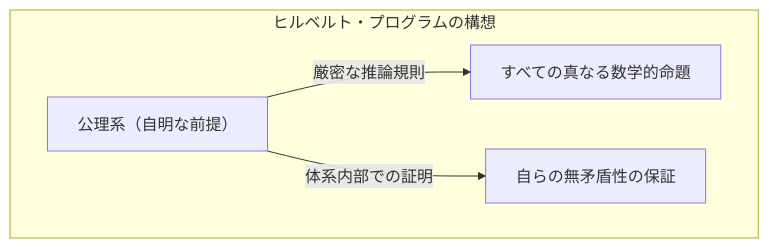
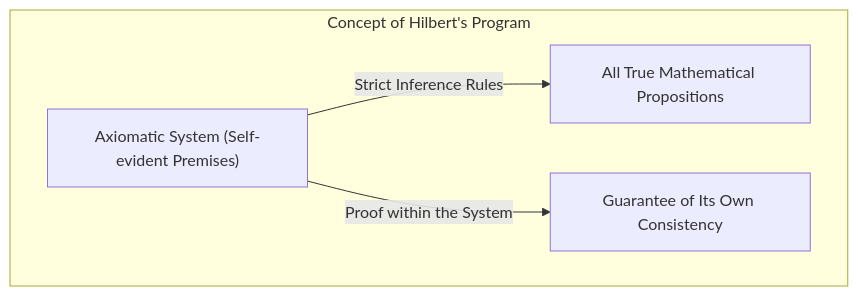
Before and after one commit to kenjinote/blog: the first of 4 diagrams in content/post/godels-incompleteness-theorems/index.en.md, drawn with Mermaid. The commit also changed other lines of this file and 28 other files, not shown here.

Commit message:
Translate Japanese text inside Mermaid diagrams to respective languages

````diff
--- a/content/post/godels-incompleteness-theorems/index.en.md
+++ b/content/post/godels-incompleteness-theorems/index.en.md
@@ -34,7 +34,7 @@
 ```mermaid
 graph TD
-    subgraph "ヒルベルト・プログラムの構想"
-        A["公理系（自明な前提）"] -->|"厳密な推論規則"| B["すべての真なる数学的命題"]
-        A -->|"体系内部での証明"| C["自らの無矛盾性の保証"]
+    subgraph "Concept of Hilbert's Program"
+        A["Axiomatic System (Self-evident Premises)"] -->|"Strict Inference Rules"| B["All True Mathematical Propositions"]
+        A -->|"Proof within the System"| C["Guarantee of Its Own Consistency"]
     end
 ```
````
